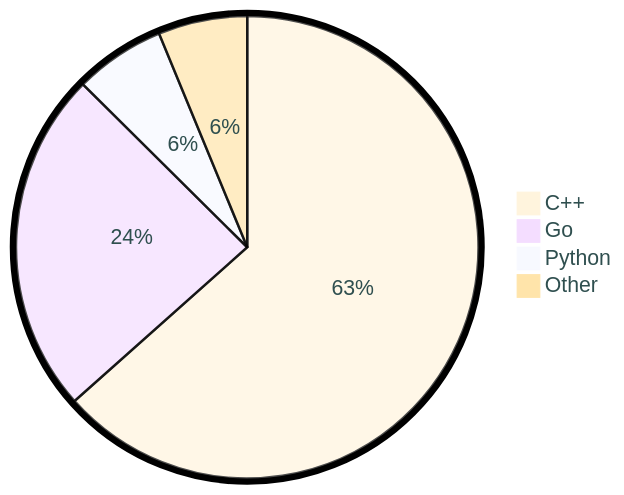
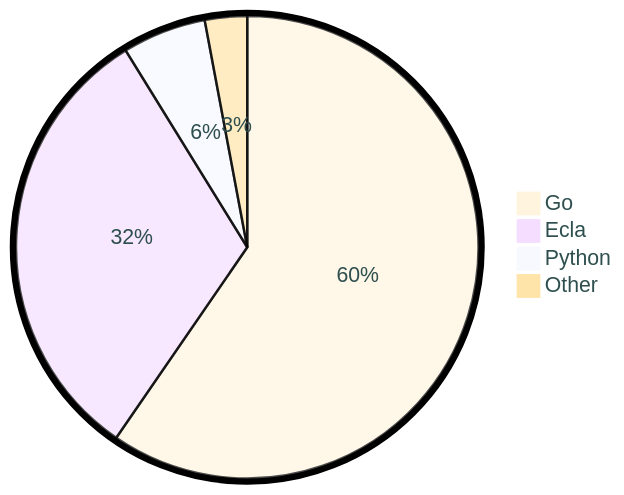
The diagram in README.md (tot0p/tot0p), drawn with Mermaid before and after one commit. The commit also changed other lines of this file, not shown here.

````diff
--- a/README.md
+++ b/README.md
@@ -79,8 +76,8 @@
 ```mermaid
 %%{init: {"pie": {"textPosition": 0.5}, "themeVariables": {"pieOuterStrokeWidth": "5px","primaryTextColor" : "#2F4F4F"},"theme":"base"} }%%
 pie
-	"C++": 63.42
-	"Go": 24.01
-	"Python": 6.34
-	"Other": 6.23
+	"Go": 59.59
+	"Ecla": 31.61
+	"Python": 5.86
+	"Other": 2.9499999999999997
 ```
````
